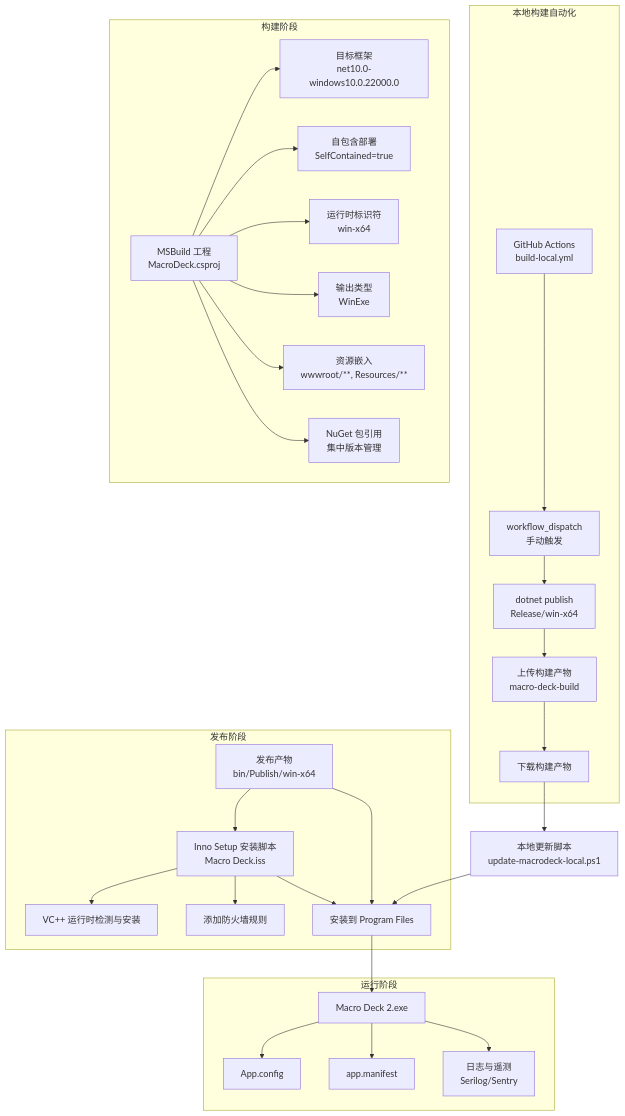
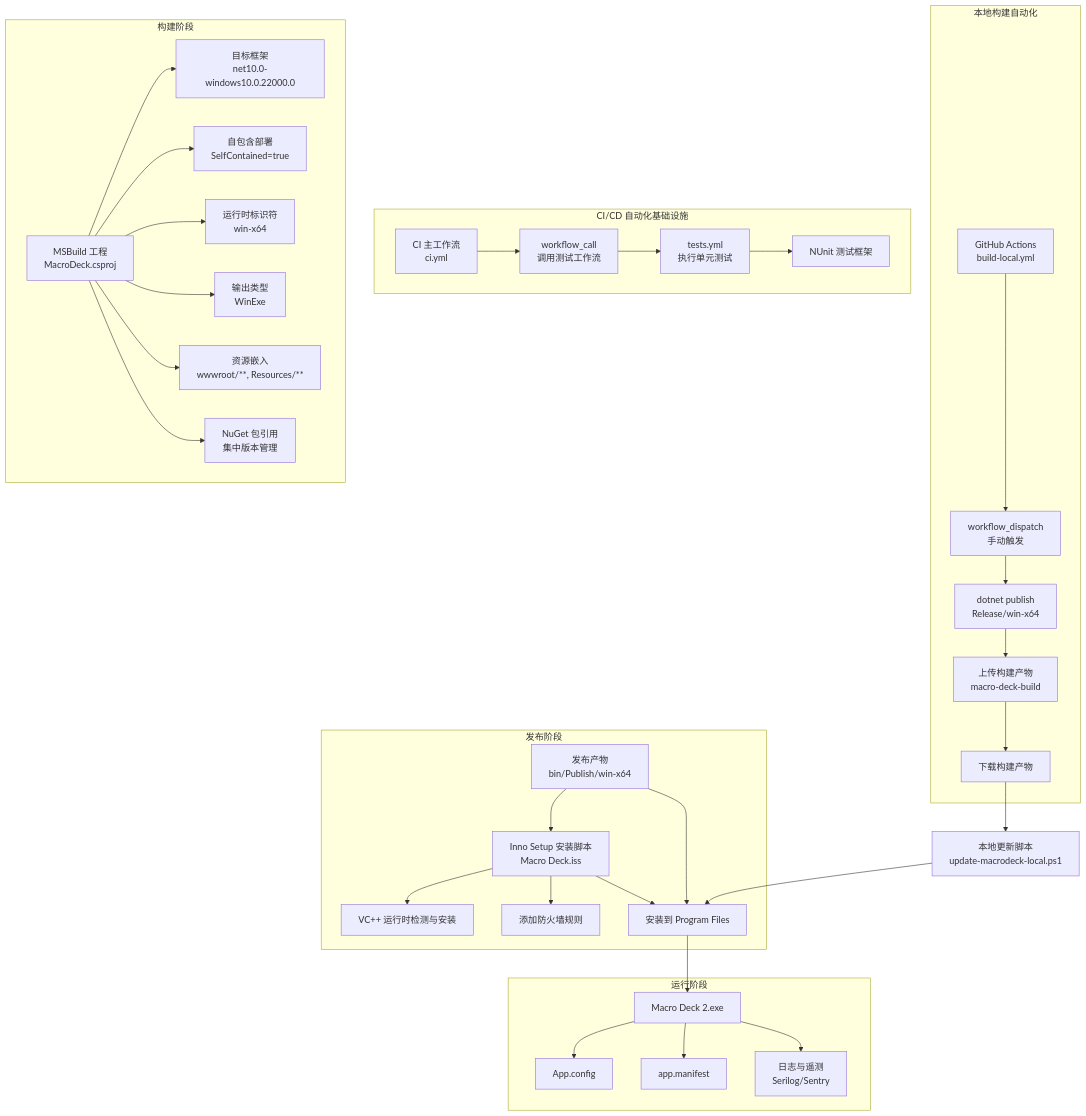
One commit to tea4go/Macro-Deck changed the second of 7 diagrams in .qoder/repowiki/zh/content/开发者指南/构建和部署.md. Above: the diagram before and after it, drawn with Mermaid. The commit also changed other lines of this file and 33 other files, not shown here.

````diff
--- a/.qoder/repowiki/zh/content/开发者指南/构建和部署.md
+++ b/.qoder/repowiki/zh/content/开发者指南/构建和部署.md
@@ -121,32 +128,37 @@
 ```mermaid
 graph TB
 subgraph "本地构建自动化"
 GH["GitHub Actions<br/>build-local.yml"] --> TRIGGER["workflow_dispatch<br/>手动触发"]
 TRIGGER --> BUILD["dotnet publish<br/>Release/win-x64"]
 BUILD --> ARTIFACT["上传构建产物<br/>macro-deck-build"]
 ARTIFACT --> DOWNLOAD["下载构建产物"]
+end
+subgraph "CI/CD 自动化基础设施"
+CI["CI 主工作流<br/>ci.yml"] --> CALL["workflow_call<br/>调用测试工作流"]
+CALL --> TESTS["tests.yml<br/>执行单元测试"]
+TESTS --> UNIT["NUnit 测试框架"]
 end
 subgraph "构建阶段"
 P["MSBuild 工程<br/>MacroDeck.csproj"] --> TF["目标框架<br/>net10.0-windows10.0.22000.0"]
 P --> SC["自包含部署<br/>SelfContained=true"]
 P --> RT["运行时标识符<br/>win-x64"]
 P --> OF["输出类型<br/>WinExe"]
 P --> RES["资源嵌入<br/>wwwroot/**, Resources/**"]
 P --> PKG["NuGet 包引用<br/>集中版本管理"]
 end
 subgraph "发布阶段"
 BIN["发布产物<br/>bin/Publish/win-x64"] --> INS["Inno Setup 安装脚本<br/>Macro Deck.iss"]
 INS --> RUNTIME["VC++ 运行时检测与安装"]
 INS --> FIREWALL["添加防火墙规则"]
 INS --> INSTALL["安装到 Program Files"]
 end
 subgraph "运行阶段"
 APP["Macro Deck 2.exe"] --> CFG["App.config"]
 APP --> MAN["app.manifest"]
 APP --> LOG["日志与遥测<br/>Serilog/Sentry"]
 end
 DOWNLOAD --> LOCALUPDATE["本地更新脚本<br/>update-macrodeck-local.ps1"]
 LOCALUPDATE --> INSTALL
 BIN --> INSTALL
 INSTALL --> APP
 ```
````
